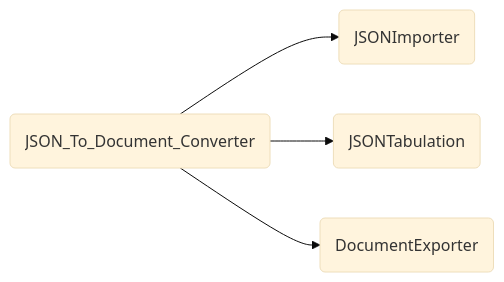
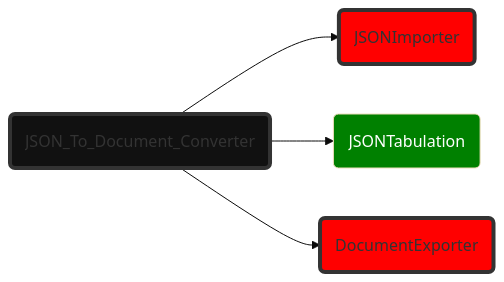
Before and after one commit to paragpathak2006/json_tables: the first of 2 diagrams in README.md, drawn with Mermaid (base theme).

Commit message:
Enhance flowchart styles in README
Added styles to the flowchart elements in README.

````diff
--- a/README.md
+++ b/README.md
@@ -12,6 +12,10 @@
 ```mermaid
 graph LR;
     X(JSON_To_Document_Converter) --> A(JSONImporter);
     X --> B(JSONTabulation);
     X --> C(DocumentExporter);
+    style X fill:#111111,stroke:#333,stroke-width:4px
+    style A fill:red,stroke:#333,stroke-width:4px
+    style B fill:green,color:#fff
+    style C fill:red,stroke:#333,stroke-width:4px
 ```
````
